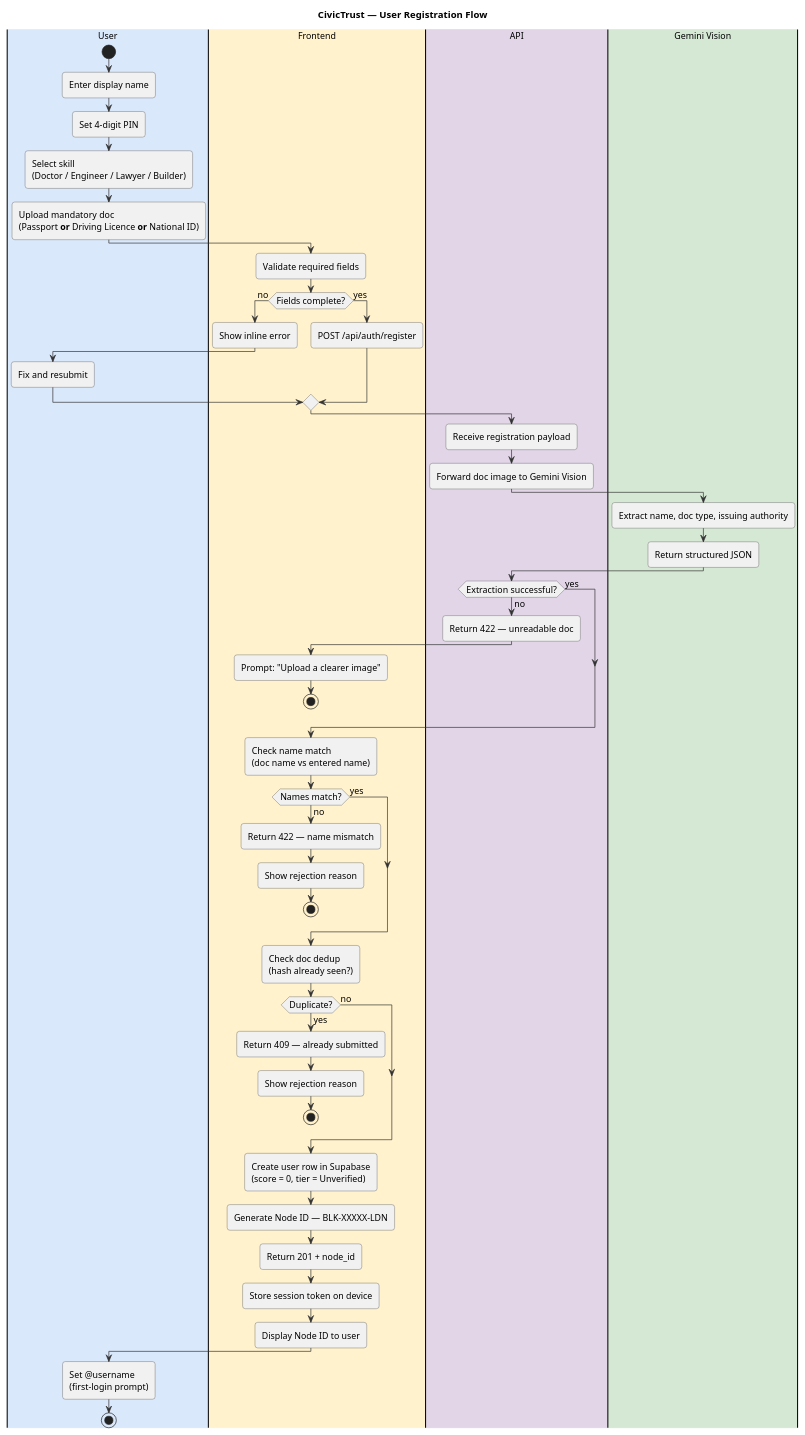
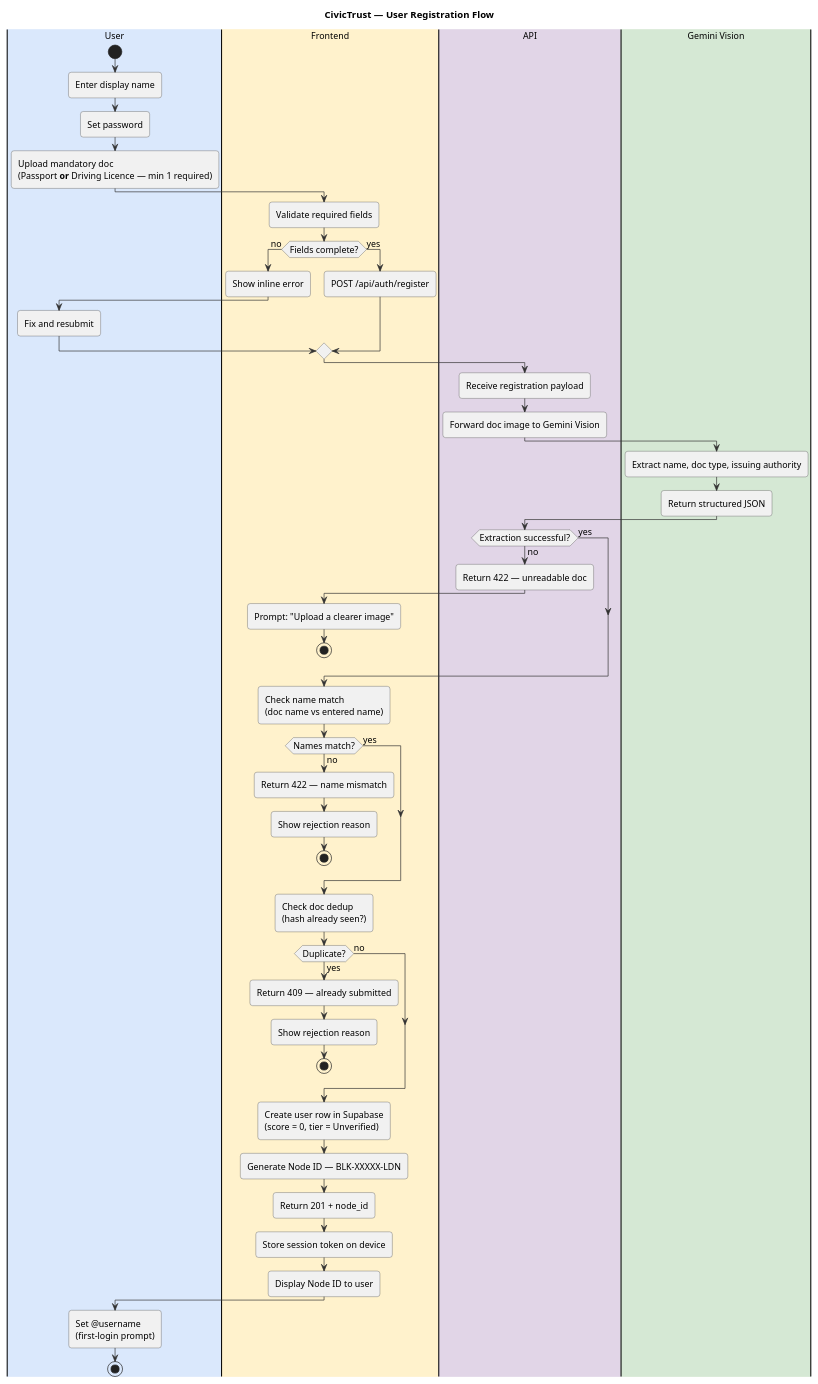
One commit to RayyanAbzal/google-hackathon-2026 changed the diagram in docs/registration.puml. Above: the diagram before and after it, drawn with PlantUML. The commit also changed 6 other files, not shown here.

First line of the commit message:
chore: replace PIN with password, remove skill from registration

```diff
--- a/docs/registration.puml
+++ b/docs/registration.puml
@@ -1,75 +1,74 @@
 @startuml
 skinparam backgroundColor #ffffff
 skinparam defaultFontSize 13
 skinparam roundcorner 8
 skinparam activityBorderColor #444444
 skinparam activityArrowColor #333333
 
 title CivicTrust — User Registration Flow
 
 |#dae8fc|User|
 start
 :Enter display name;
-:Set 4-digit PIN;
-:Select skill\n(Doctor / Engineer / Lawyer / Builder);
-:Upload mandatory doc\n(Passport **or** Driving Licence **or** National ID);
+:Set password;
+:Upload mandatory doc\n(Passport **or** Driving Licence — min 1 required);
 
 |#fff2cc|Frontend|
 :Validate required fields;
 if (Fields complete?) then (no)
   :Show inline error;
   |#dae8fc|User|
   :Fix and resubmit;
   |#fff2cc|Frontend|
 else (yes)
   :POST /api/auth/register;
 endif
 
 |#e1d5e7|API|
 :Receive registration payload;
 :Forward doc image to Gemini Vision;
 
 |#d5e8d4|Gemini Vision|
 :Extract name, doc type, issuing authority;
 :Return structured JSON;
 
 |#e1d5e7|API|
 if (Extraction successful?) then (no)
   :Return 422 — unreadable doc;
   |#fff2cc|Frontend|
   :Prompt: "Upload a clearer image";
   stop
 else (yes)
 endif
 
 :Check name match\n(doc name vs entered name);
 if (Names match?) then (no)
   :Return 422 — name mismatch;
   |#fff2cc|Frontend|
   :Show rejection reason;
   stop
 else (yes)
 endif
 
 :Check doc dedup\n(hash already seen?);
 if (Duplicate?) then (yes)
   :Return 409 — already submitted;
   |#fff2cc|Frontend|
   :Show rejection reason;
   stop
 else (no)
 endif
 
 :Create user row in Supabase\n(score = 0, tier = Unverified);
 :Generate Node ID — BLK-XXXXX-LDN;
 :Return 201 + node_id;
 
 |#fff2cc|Frontend|
 :Store session token on device;
 :Display Node ID to user;
 
 |#dae8fc|User|
 :Set @username\n(first-login prompt);
 
 stop
 @enduml
```
